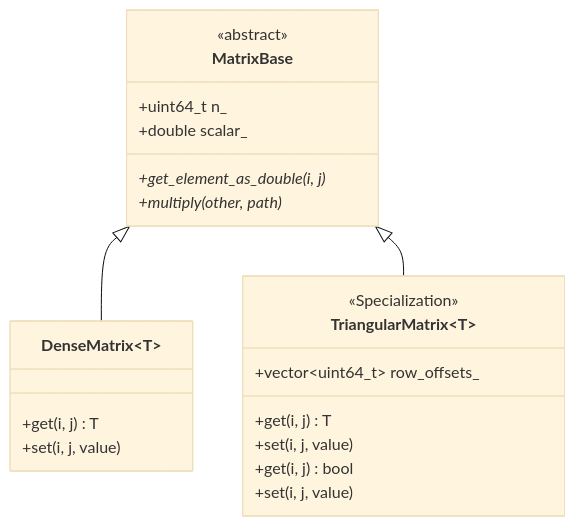
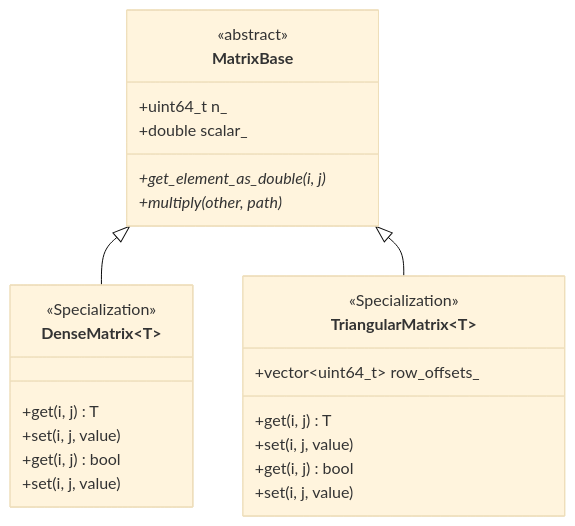
The diagram in documentation/internals/Matrix Hierarchy.md (BrorH/pycauset), drawn with Mermaid (base theme) before and after one commit. The commit also changed other lines of this file and 36 other files, not shown here.

````diff
--- a/documentation/internals/Matrix Hierarchy.md
+++ b/documentation/internals/Matrix Hierarchy.md
@@ -7,30 +7,36 @@
 ```mermaid
 classDiagram
     class MatrixBase {
         <<abstract>>
         +uint64_t n_
         +double scalar_
         +get_element_as_double(i, j)*
         +multiply(other, path)*
     }
     
     class DenseMatrix~T~ {
         +get(i, j) T
         +set(i, j, value)
     }
     
     class TriangularMatrix~T~ {
         +vector~uint64_t~ row_offsets_
         +get(i, j) T
         +set(i, j, value)
     }
     
     class TriangularMatrix~bool~ {
         <<Specialization>>
         +get(i, j) bool
         +set(i, j, value)
     }
 
+    class DenseMatrix~bool~ {
+        <<Specialization>>
+        +get(i, j) bool
+        +set(i, j, value)
+    }
+
     MatrixBase <|-- DenseMatrix
     MatrixBase <|-- TriangularMatrix
 ```
````
